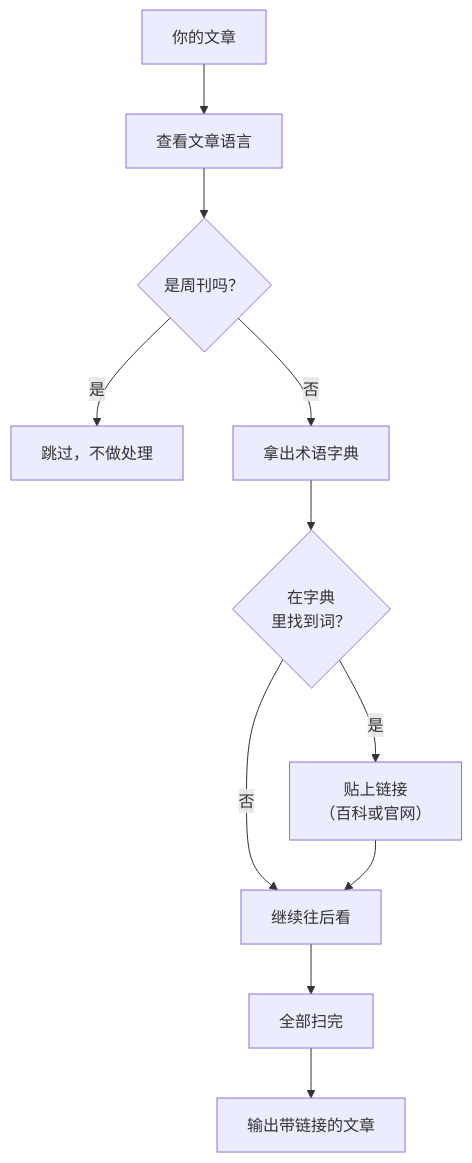
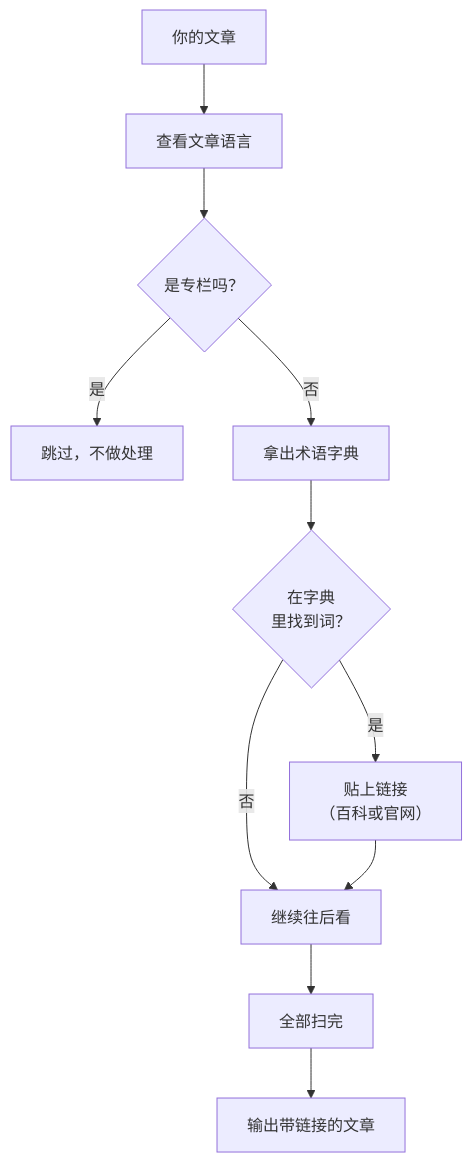
Before and after one commit to cgartlab/cgartlab.github.io: the diagram in src/content/posts/自动给文章术语加百科链接，这个方案一分钟搞定.md, drawn with Mermaid. The commit also changed other lines of this file and 129 other files, not shown here.

````diff
--- a/src/content/posts/自动给文章术语加百科链接，这个方案一分钟搞定.md
+++ b/src/content/posts/自动给文章术语加百科链接，这个方案一分钟搞定.md
@@ -77,24 +77,24 @@
 ```mermaid
 flowchart TD
     A["你的文章"]
     B["查看文章语言"]
-    C{"是周刊吗？"}
+    C{"是专栏吗？"}
     D["跳过，不做处理"]
     E["拿出术语字典"]
     F{"在字典<br>里找到词？"}
     G["贴上链接<br>（百科或官网）"]
     H["继续往后看"]
     I["全部扫完"]
     J["输出带链接的文章"]
 
     A --> B
     B --> C
     C -- 是 --> D
     C -- 否 --> E
     E --> F
     F -- 否 --> H
     F -- 是 --> G
     G --> H
     H --> I
     I --> J
 ```
````
